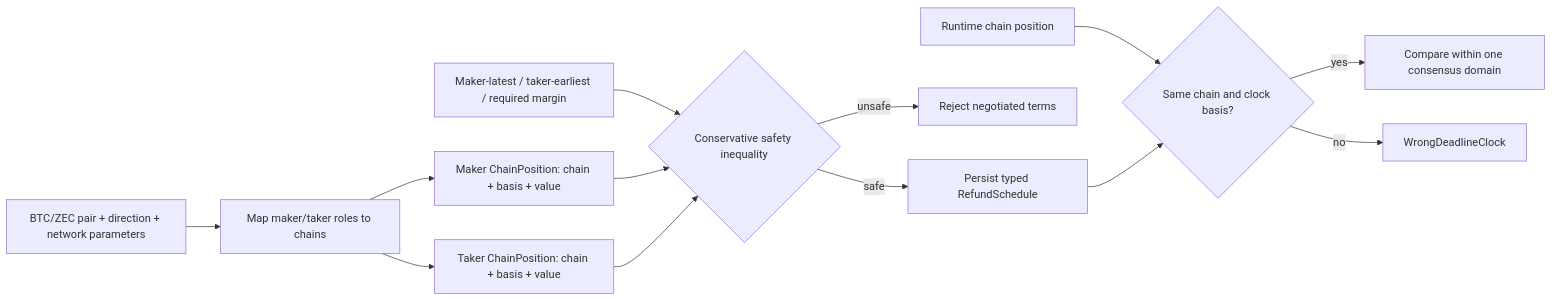
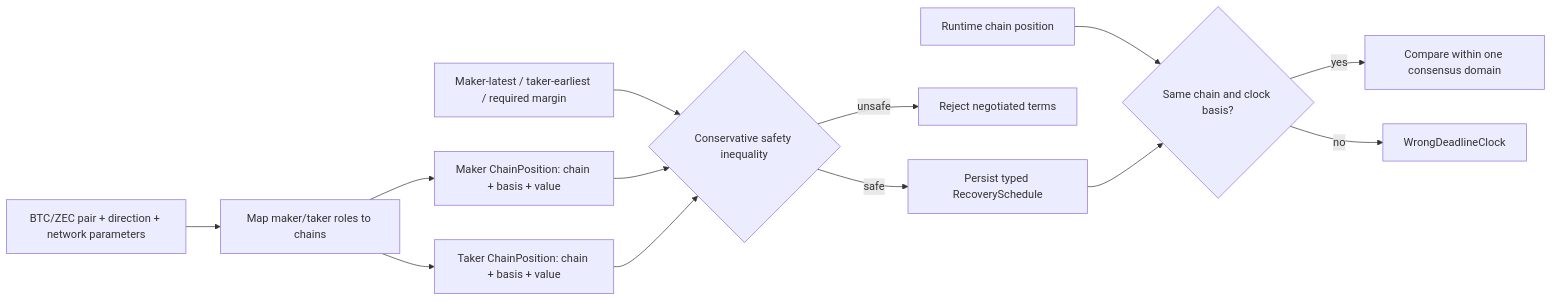
The diagram in docs/architecture/0010-typed-cross-chain-deadlines.md (gateway-fm/lez-atomic-swaps), drawn with Mermaid before and after one commit. The commit also changed other lines of this file and 13 other files, not shown here.

````diff
--- a/docs/architecture/0010-typed-cross-chain-deadlines.md
+++ b/docs/architecture/0010-typed-cross-chain-deadlines.md
@@ -6,15 +6,15 @@
 ```mermaid
 flowchart LR
     Terms["BTC/ZEC pair + direction + network parameters"] --> Map["Map maker/taker roles to chains"]
     Map --> Maker["Maker ChainPosition: chain + basis + value"]
     Map --> Taker["Taker ChainPosition: chain + basis + value"]
     Bounds["Maker-latest / taker-earliest / required margin"] --> Check{"Conservative safety inequality"}
     Maker --> Check
     Taker --> Check
-    Check -->|"safe"| Schedule["Persist typed RefundSchedule"]
+    Check -->|"safe"| Schedule["Persist typed RecoverySchedule"]
     Check -->|"unsafe"| Reject["Reject negotiated terms"]
     Observation["Runtime chain position"] --> Domain{"Same chain and clock basis?"}
     Schedule --> Domain
     Domain -->|"yes"| Compare["Compare within one consensus domain"]
     Domain -->|"no"| ClockError["WrongDeadlineClock"]
 ```
````
